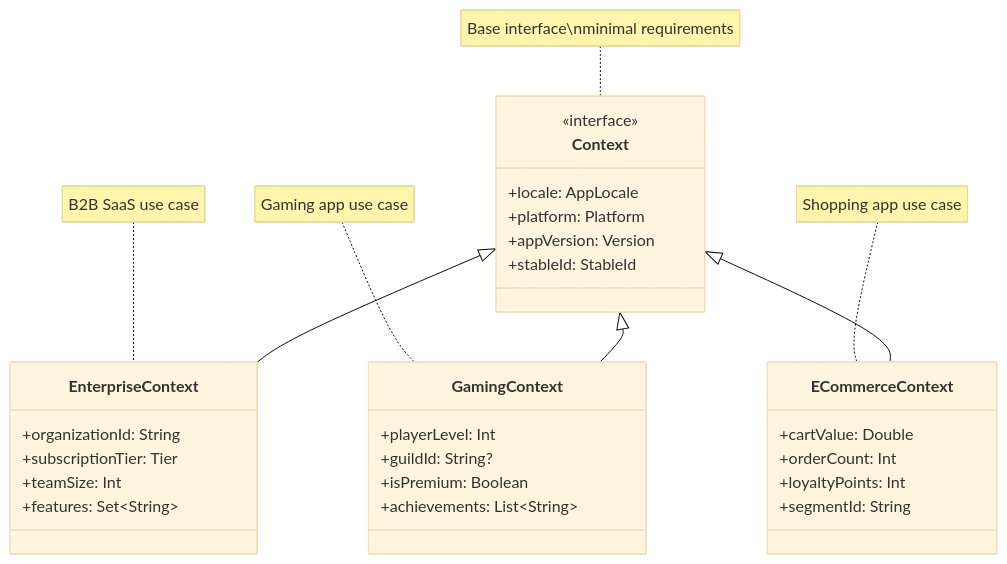
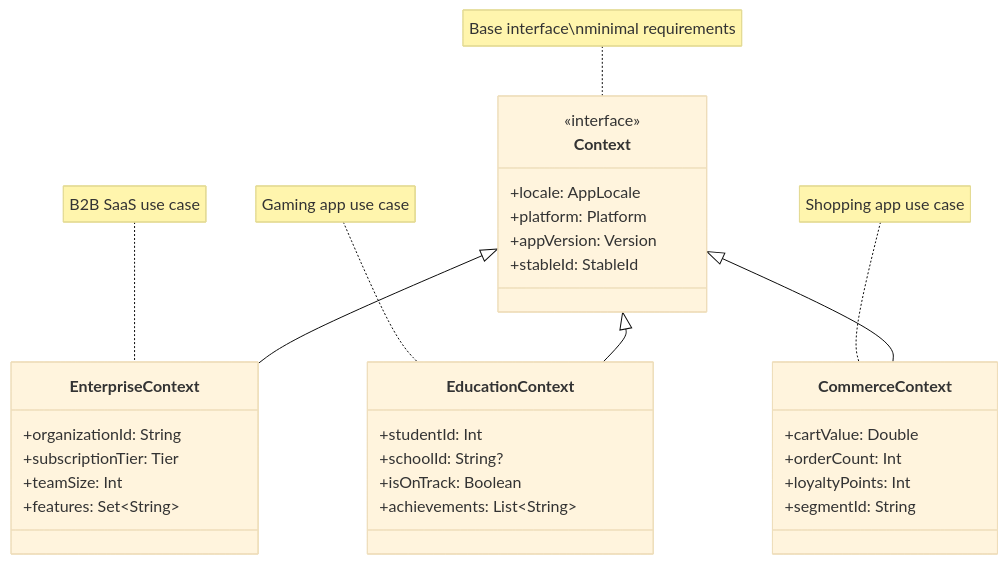
Before and after one commit to amichne/konditional: the diagram in docs/advanced/context-polymorphism.md, drawn with Mermaid (base theme). The commit also changed 2 other files, not shown here.

Commit message:
Should be pretty close to accurate

````diff
--- a/docs/advanced/context-polymorphism.md
+++ b/docs/advanced/context-polymorphism.md
@@ -24,40 +24,40 @@
 ```mermaid
 classDiagram
     class Context {
         <<interface>>
         +locale: AppLocale
         +platform: Platform
         +appVersion: Version
         +stableId: StableId
     }
 
     class EnterpriseContext {
         +organizationId: String
         +subscriptionTier: Tier
         +teamSize: Int
         +features: Set~String~
     }
 
-    class GamingContext {
-        +playerLevel: Int
-        +guildId: String?
-        +isPremium: Boolean
+    class EducationContext {
+        +studentId: Int
+        +schoolId: String?
+        +isOnTrack: Boolean
         +achievements: List~String~
     }
 
-    class ECommerceContext {
+    class CommerceContext {
         +cartValue: Double
         +orderCount: Int
         +loyaltyPoints: Int
         +segmentId: String
     }
 
     Context <|-- EnterpriseContext
-    Context <|-- GamingContext
-    Context <|-- ECommerceContext
+    Context <|-- EducationContext
+    Context <|-- CommerceContext
 
     note for Context "Base interface\nminimal requirements"
     note for EnterpriseContext "B2B SaaS use case"
-    note for GamingContext "Gaming app use case"
-    note for ECommerceContext "Shopping app use case"
+    note for EducationContext "Gaming app use case"
+    note for CommerceContext "Shopping app use case"
 ```
````
